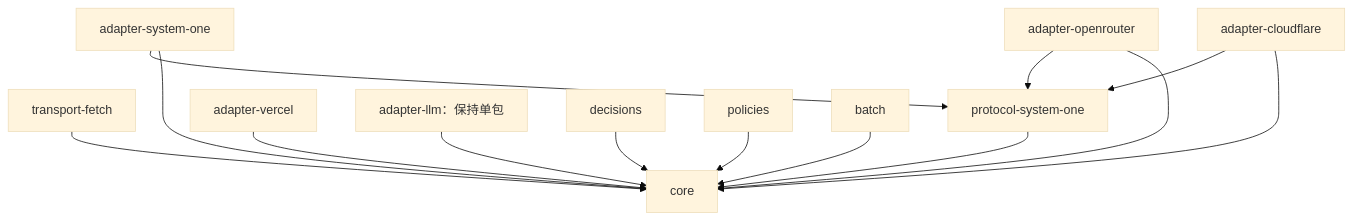
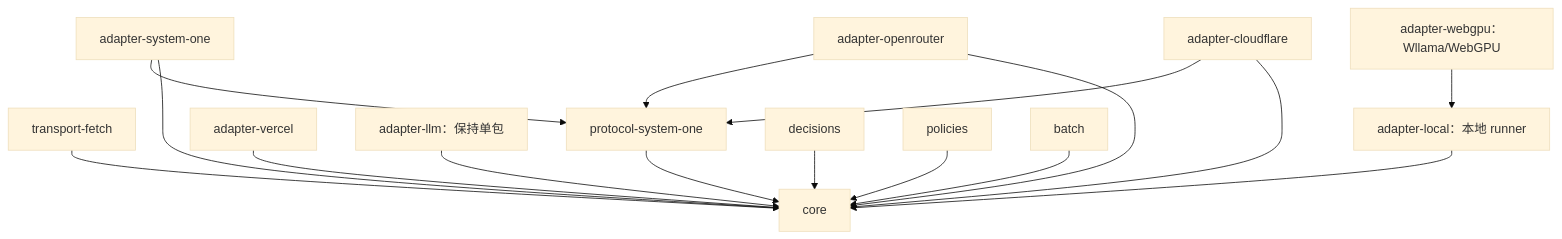
The diagram in docs/architecture-plan.zh-CN.md (ziyu/system-one-sdk), drawn with Mermaid (base theme) before and after one commit. The commit also changed other lines of this file and 25 other files, not shown here.

Commit message:
feat: add local WebGPU model adapter and demo (#11)

````diff
--- a/docs/architecture-plan.zh-CN.md
+++ b/docs/architecture-plan.zh-CN.md
@@ -23,16 +25,18 @@
 ```mermaid
 graph TD
   Fetch["transport-fetch"] --> Core["core"]
   Native["adapter-system-one"] --> Protocol["protocol-system-one"]
   Native --> Core
   OR["adapter-openrouter"] --> Protocol
   OR --> Core
   CF["adapter-cloudflare"] --> Protocol
   CF --> Core
   Protocol --> Core
   Vercel["adapter-vercel"] --> Core
   LLM["adapter-llm：保持单包"] --> Core
+  Local["adapter-local：本地 runner"] --> Core
+  WebGPU["adapter-webgpu：Wllama/WebGPU"] --> Local
   Decisions["decisions"] --> Core
   Policies["policies"] --> Core
   Batch["batch"] --> Core
 ```
````
